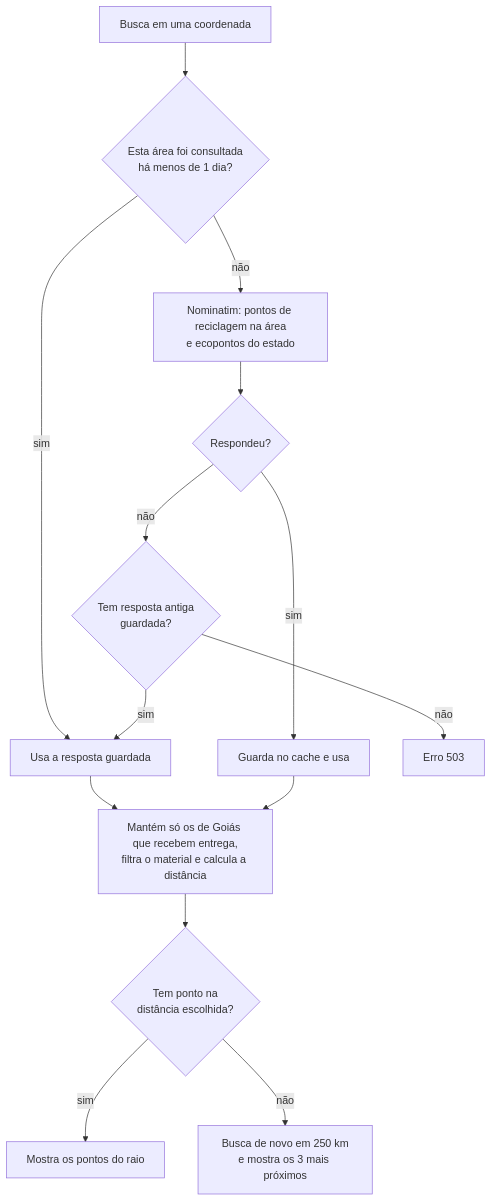
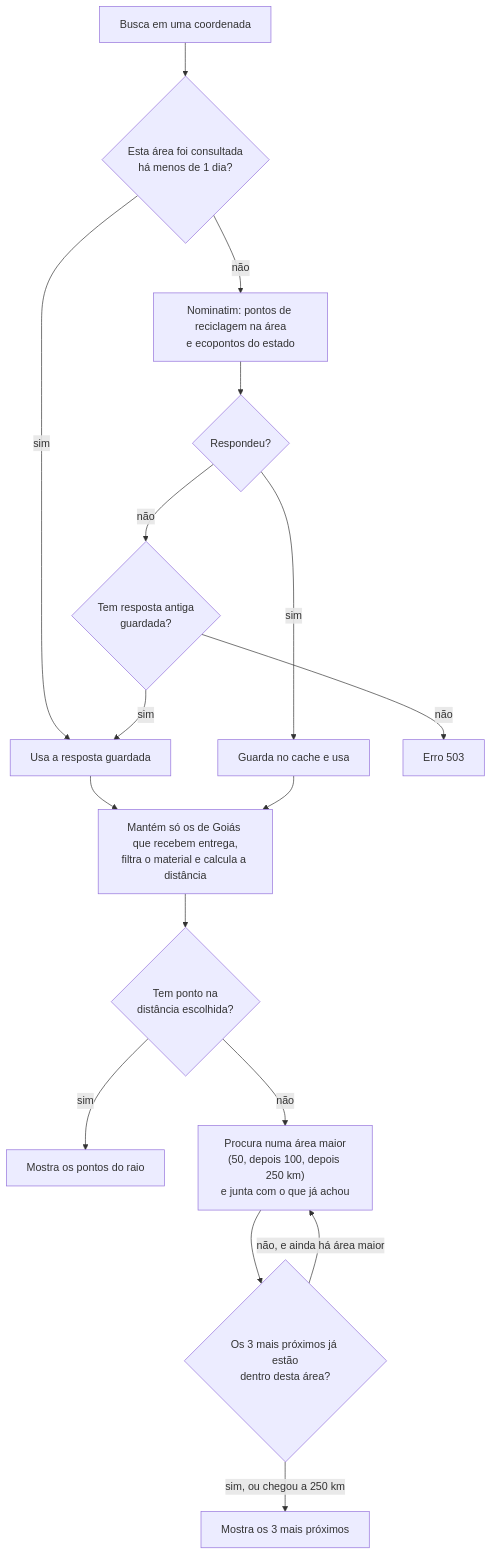
One commit to GustasSilva/residuogo changed the third of 4 diagrams in docs/DIAGRAMAS.md. Above: the diagram before and after it, drawn with Mermaid. The commit also changed other lines of this file and 20 other files, not shown here.

Commit message:
adiciona o relatorio da busca em PDF, salva a explicacao do funcionamento e corrige os mais proximos perto do DF

````diff
--- a/docs/DIAGRAMAS.md
+++ b/docs/DIAGRAMAS.md
@@ -81,16 +83,19 @@
 ```mermaid
 flowchart TD
     inicio["Busca em uma coordenada"] --> cache{"Esta área foi consultada<br/>há menos de 1 dia?"}
     cache -- sim --> usar["Usa a resposta guardada"]
     cache -- não --> perguntar["Nominatim: pontos de reciclagem na área<br/>e ecopontos do estado"]
     perguntar --> respondeu{"Respondeu?"}
     respondeu -- sim --> guardar["Guarda no cache e usa"]
     respondeu -- não --> antiga{"Tem resposta antiga<br/>guardada?"}
     antiga -- sim --> usar
     antiga -- não --> erro["Erro 503"]
     usar --> filtrar["Mantém só os de Goiás que recebem entrega,<br/>filtra o material e calcula a distância"]
     guardar --> filtrar
     filtrar --> raio{"Tem ponto na<br/>distância escolhida?"}
     raio -- sim --> lista["Mostra os pontos do raio"]
-    raio -- não --> proximos["Busca de novo em 250 km<br/>e mostra os 3 mais próximos"]
+    raio -- não --> area["Procura numa área maior<br/>(50, depois 100, depois 250 km)<br/>e junta com o que já achou"]
+    area --> tres{"Os 3 mais próximos já estão<br/>dentro desta área?"}
+    tres -- "não, e ainda há área maior" --> area
+    tres -- "sim, ou chegou a 250 km" --> proximos["Mostra os 3 mais próximos"]
 ```
````
